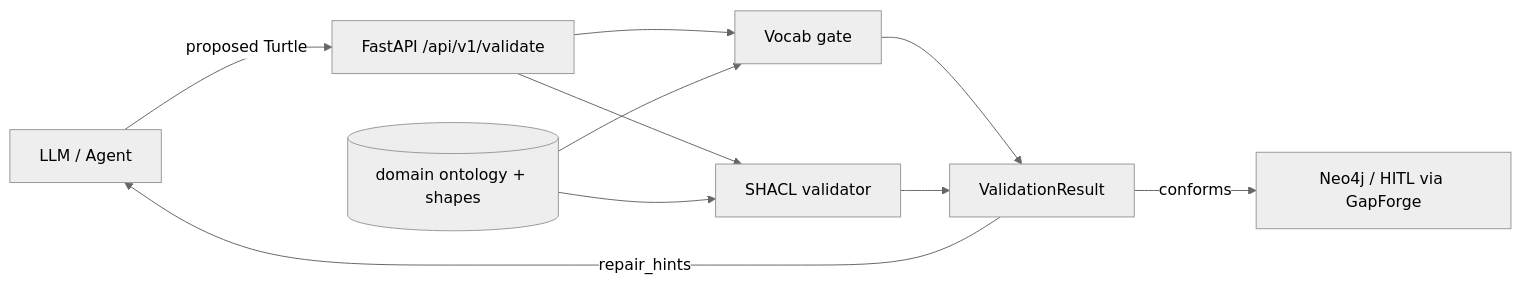
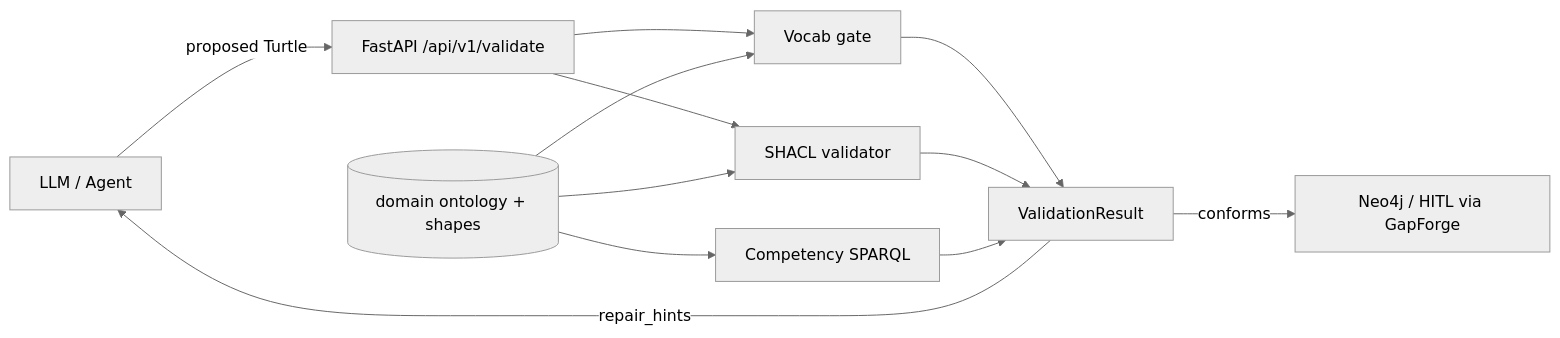
Before and after one commit to LordKay-sudo/ontoharness: the diagram in README.md, drawn with Mermaid (neutral theme). The commit also changed other lines of this file and 6 other files, not shown here.

First line of the commit message:
OntoHarness v0.6: enforce competency-question SPARQL at validate time.

````diff
--- a/README.md
+++ b/README.md
@@ -118,12 +118,14 @@
 ```mermaid
 flowchart LR
   Agent[LLM / Agent] -->|proposed Turtle| API[FastAPI /api/v1/validate]
   API --> VG[Vocab gate]
   API --> SH[SHACL validator]
   OWL[(domain ontology + shapes)] --> VG
   OWL --> SH
   VG --> Result[ValidationResult]
   SH --> Result
+  CQ[Competency SPARQL] --> Result
+  OWL --> CQ
   Result -->|repair_hints| Agent
   Result -->|conforms| Commit[Neo4j / HITL via GapForge]
 ```
````
